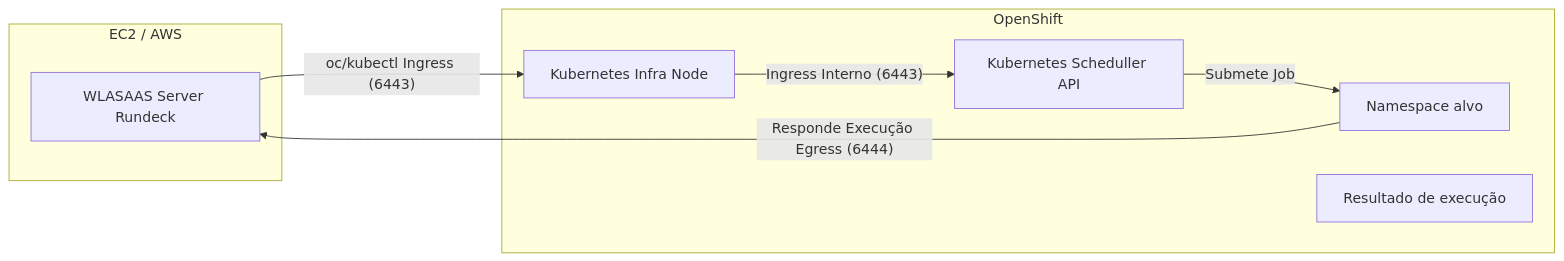
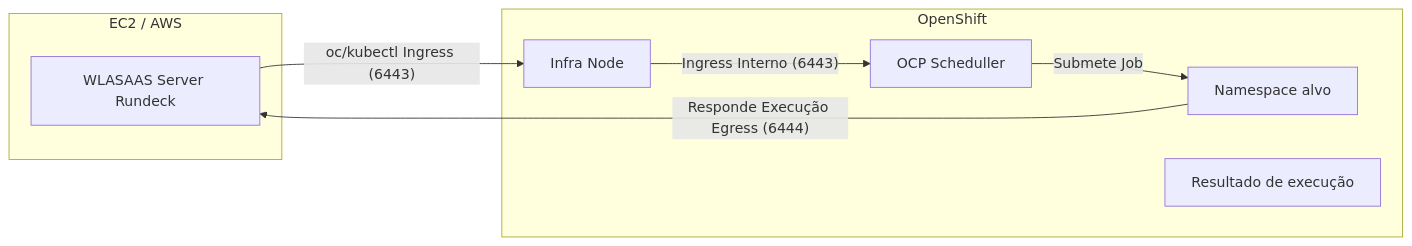
Before and after one commit to mbenedicto99/CTM_OCP: the diagram in README.md, drawn with Mermaid.

Commit message:
WLASaaS->OCP 20250912

````diff
--- a/README.md
+++ b/README.md
@@ -127,19 +127,19 @@
 ```mermaid
 flowchart LR
   subgraph AWS["EC2 / AWS"]
     CM["WLASAAS Server Rundeck"]
   end
 
   subgraph OCP["OpenShift"]
-    IN["Kubernetes Infra Node"]
-    API["Kubernetes Scheduller API"]
+    IN["Infra Node"]
+    API["OCP Scheduller"]
     NS["Namespace alvo"]
     AG["Resultado de execução"]
   end
 
   CM -- "oc/kubectl Ingress (6443)" --> IN
   IN -- "Ingress Interno (6443)" --> API
   API -- "Submete Job" --> NS
 
   NS -- "Responde Execução Egress (6444)" --> CM
 ```
````
